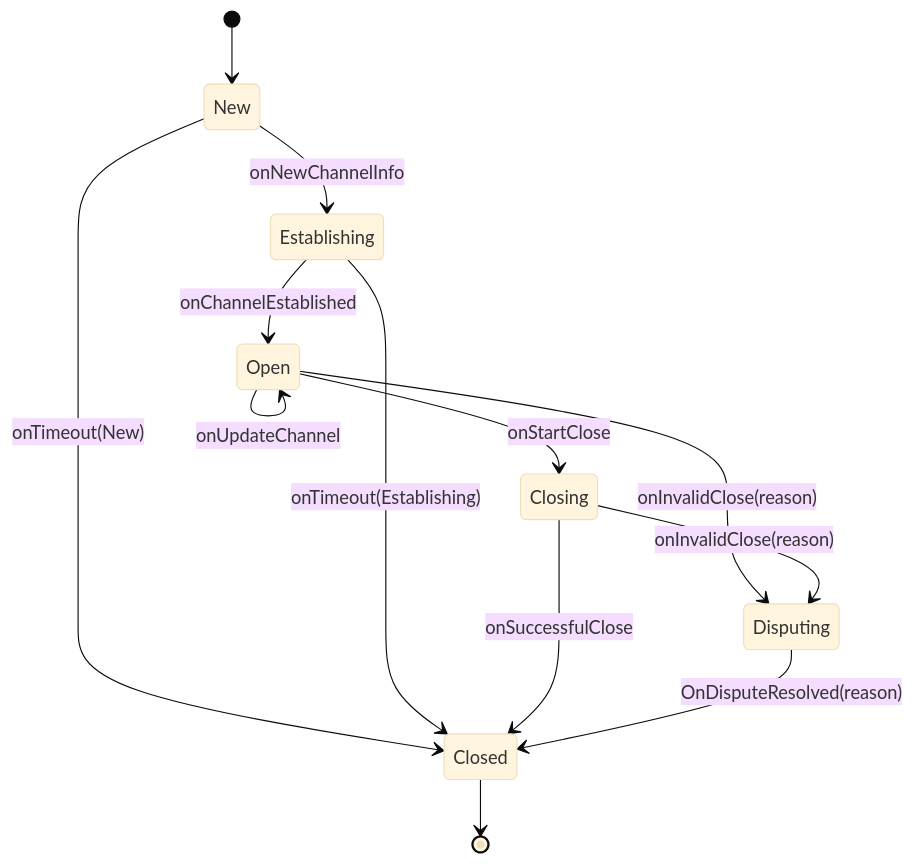
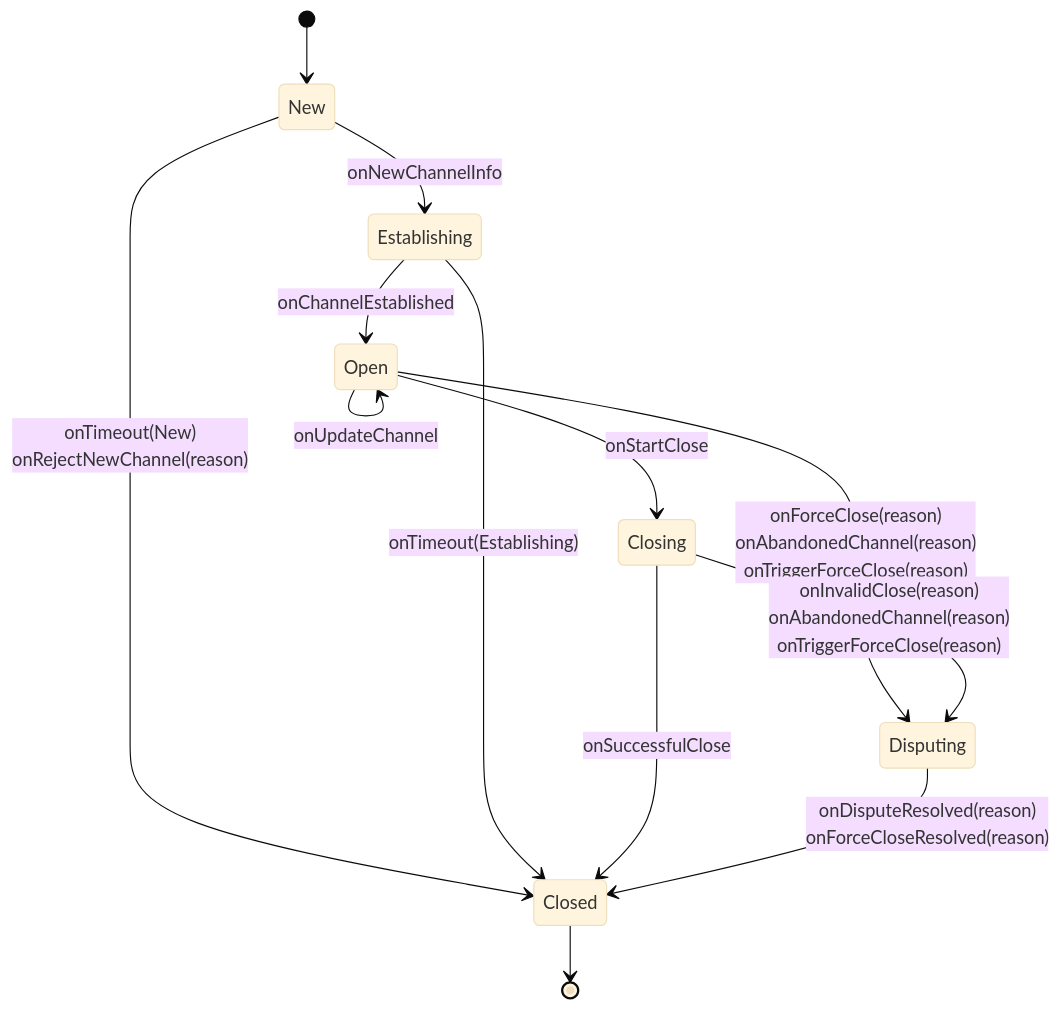
Before and after one commit to grease-xmr/grease: the diagram in docs/channel_lifecycle.md, drawn with Mermaid (base theme). The commit also changed other lines of this file and 35 other files, not shown here.

````diff
--- a/docs/channel_lifecycle.md
+++ b/docs/channel_lifecycle.md
@@ -32,15 +94,15 @@
 ```mermaid
 stateDiagram-v2
     [*] --> New
     New --> Establishing: onNewChannelInfo
-    New --> Closed: onTimeout(New)
+    New --> Closed: onTimeout(New)<br/>onRejectNewChannel(reason) 
     Establishing --> Closed: onTimeout(Establishing)
     Establishing --> Open: onChannelEstablished
     Open --> Open: onUpdateChannel
     Open --> Closing: onStartClose
     Closing --> Closed: onSuccessfulClose
-    Open --> Disputing: onInvalidClose(reason)
-    Closing --> Disputing: onInvalidClose(reason)
-    Disputing --> Closed: OnDisputeResolved(reason)
+    Open --> Disputing: onForceClose(reason)<br/>onAbandonedChannel(reason)<br/>onTriggerForceClose(reason)
+    Closing --> Disputing: onInvalidClose(reason)<br/>onAbandonedChannel(reason)<br/>onTriggerForceClose(reason)
+    Disputing --> Closed: onDisputeResolved(reason)<br/>onForceCloseResolved(reason)
     Closed --> [*]
 ```
````
